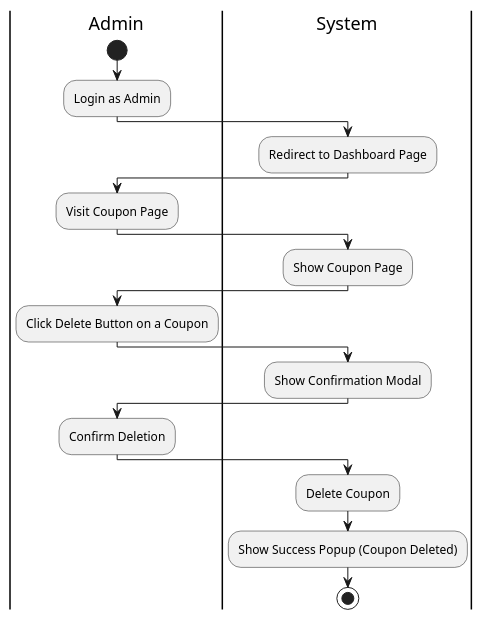
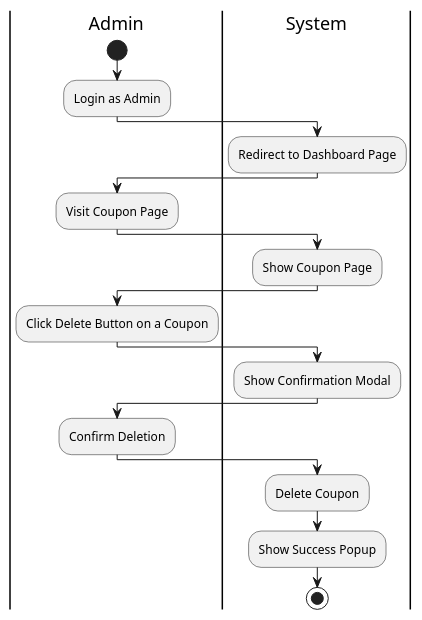
Before and after one commit to felixpherry/Lecturna-UML: the diagram in 033. Delete Coupon/Activity Diagram.puml, drawn with PlantUML. The commit also changed 66 other files, not shown here.

Commit message:
Fix: Activity Diagrams

```diff
--- a/033. Delete Coupon/Activity Diagram.puml
+++ b/033. Delete Coupon/Activity Diagram.puml
@@ -1,21 +1,21 @@
 @startuml DeleteCoupon
 |Admin|
 start
 :Login as Admin;
 |System|
 :Redirect to Dashboard Page;
 |Admin|
 :Visit Coupon Page;
 |System|
 :Show Coupon Page;
 |Admin|
 :Click Delete Button on a Coupon;
 |System|
 :Show Confirmation Modal;
 |Admin|
 :Confirm Deletion;
 |System|
 :Delete Coupon;
-:Show Success Popup (Coupon Deleted);
+:Show Success Popup;
 stop
 @enduml
```
